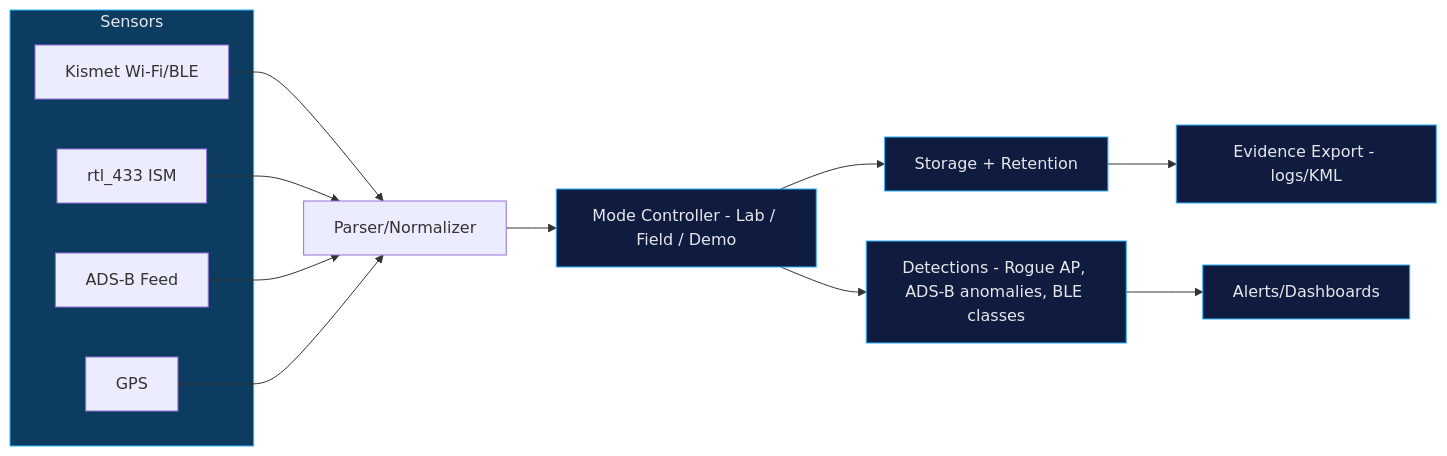
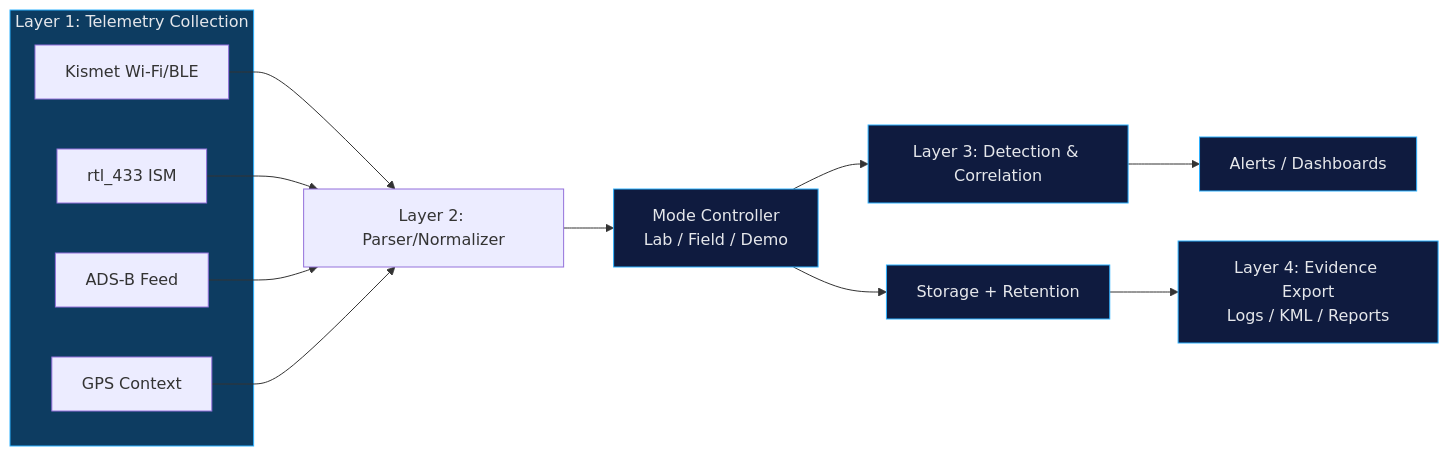
One commit to Pharns/portfolio changed the diagram in docs/cybersecurity/trace-lock-diagram.md. Above: the diagram before and after it, drawn with Mermaid. The commit also changed other lines of this file and 3 other files, not shown here.

Commit message:
Upgrade TraceLock architecture pages and add telemetry-to-decision model

````diff
--- a/docs/cybersecurity/trace-lock-diagram.md
+++ b/docs/cybersecurity/trace-lock-diagram.md
@@ -3,24 +53,24 @@
 ```mermaid
 flowchart LR
-    subgraph Sensors["Sensors"]
+    subgraph L1["Layer 1: Telemetry Collection"]
       A["Kismet Wi-Fi/BLE"]
       B["rtl_433 ISM"]
       C["ADS-B Feed"]
-      D["GPS"]
+      D["GPS Context"]
     end
-    A --> E["Parser/Normalizer"]
+    A --> E["Layer 2: Parser/Normalizer"]
     B --> E
     C --> E
     D --> E
-    E --> F["Mode Controller - Lab / Field / Demo"]
+    E --> F["Mode Controller<br/>Lab / Field / Demo"]
+    F --> H["Layer 3: Detection & Correlation"]
     F --> G["Storage + Retention"]
-    F --> H["Detections - Rogue AP, ADS-B anomalies, BLE classes"]
-    H --> I["Alerts/Dashboards"]
-    G --> J["Evidence Export - logs/KML"]
-    style Sensors fill:#0d3c61,stroke:#2cb1ff,stroke-width:1px,color:#e5e7eb
+    H --> I["Alerts / Dashboards"]
+    G --> J["Layer 4: Evidence Export<br/>Logs / KML / Reports"]
+    style L1 fill:#0d3c61,stroke:#2cb1ff,stroke-width:1px,color:#e5e7eb
     style F fill:#0f1b3f,stroke:#2cb1ff,stroke-width:1px,color:#e5e7eb
     style G fill:#0f1b3f,stroke:#2cb1ff,stroke-width:1px,color:#e5e7eb
     style H fill:#0f1b3f,stroke:#2cb1ff,stroke-width:1px,color:#e5e7eb
     style I fill:#0f1b3f,stroke:#2cb1ff,stroke-width:1px,color:#e5e7eb
     style J fill:#0f1b3f,stroke:#2cb1ff,stroke-width:1px,color:#e5e7eb
 ```
````
